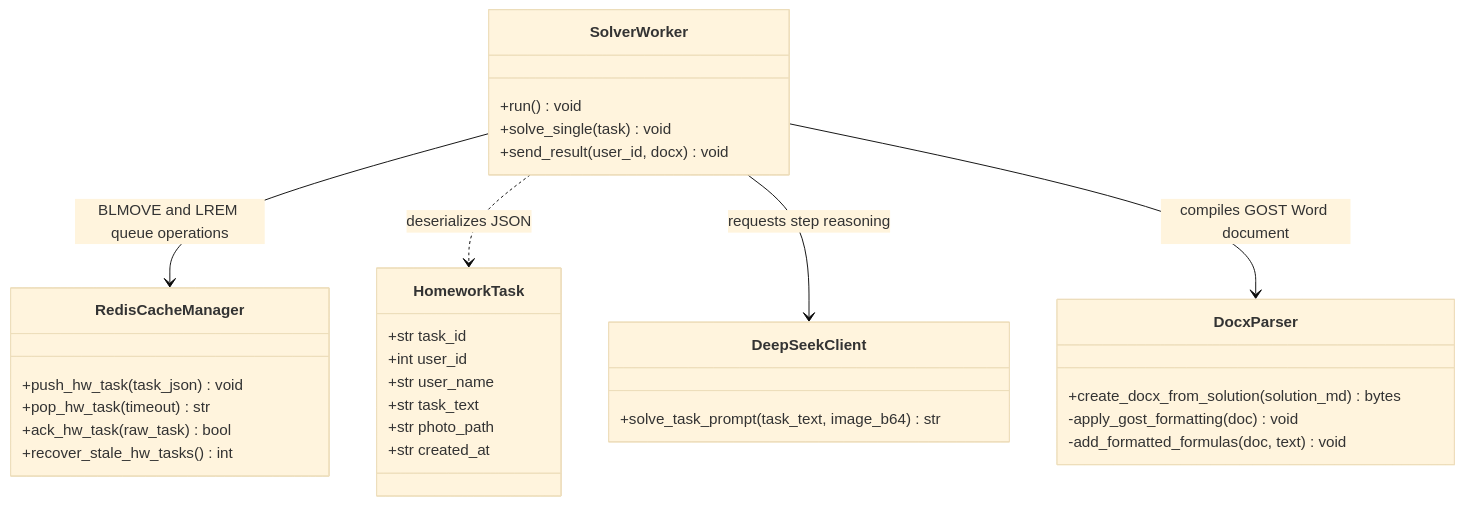
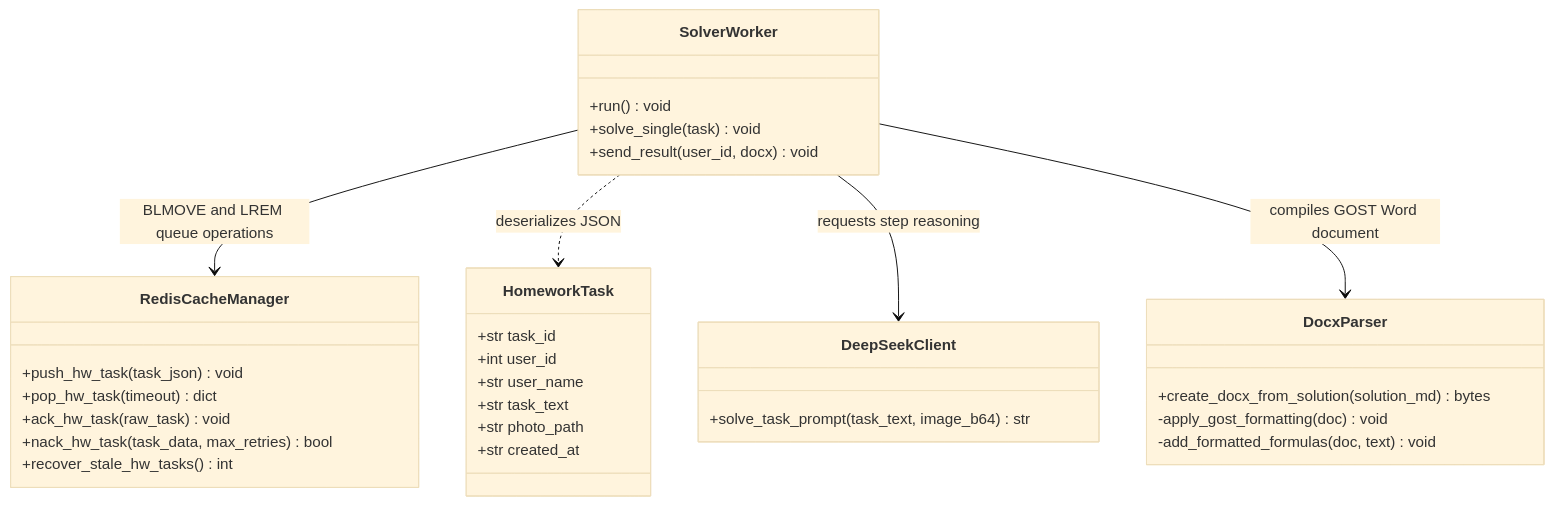
The fifth of 7 diagrams in docs/UML.md (Utkautka1/para), drawn with Mermaid (base theme) before and after one commit. The commit also changed other lines of this file and 15 other files, not shown here.

Commit message:
fix(security,refactor): устранение уязвимостей авторизации, централизация конфига, DLQ и синхронизация UML

````diff
--- a/docs/UML.md
+++ b/docs/UML.md
@@ -416,41 +422,42 @@
 ```mermaid
 classDiagram
     direction TB
 
     class HomeworkTask {
         +str task_id
         +int user_id
         +str user_name
         +str task_text
         +str photo_path
         +str created_at
     }
 
     class RedisCacheManager {
         +push_hw_task(task_json) void
-        +pop_hw_task(timeout) str
-        +ack_hw_task(raw_task) bool
+        +pop_hw_task(timeout) dict
+        +ack_hw_task(raw_task) void
+        +nack_hw_task(task_data, max_retries) bool
         +recover_stale_hw_tasks() int
     }
 
     class SolverWorker {
         +run() void
         +solve_single(task) void
         +send_result(user_id, docx) void
     }
 
     class DocxParser {
         +create_docx_from_solution(solution_md) bytes
         -apply_gost_formatting(doc) void
         -add_formatted_formulas(doc, text) void
     }
 
     class DeepSeekClient {
         +solve_task_prompt(task_text, image_b64) str
     }
 
     SolverWorker --> RedisCacheManager : BLMOVE and LREM queue operations
     SolverWorker ..> HomeworkTask : deserializes JSON
     SolverWorker --> DeepSeekClient : requests step reasoning
     SolverWorker --> DocxParser : compiles GOST Word document
 ```
````
